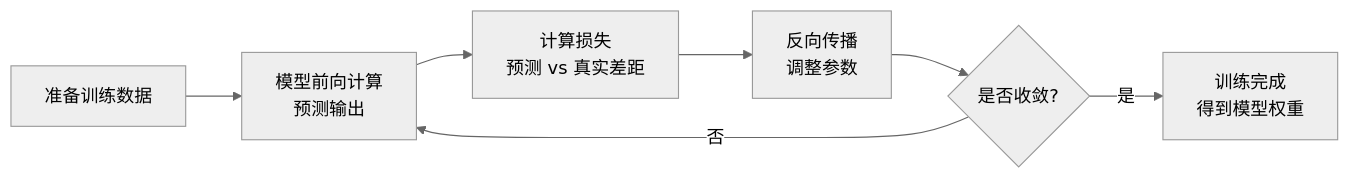
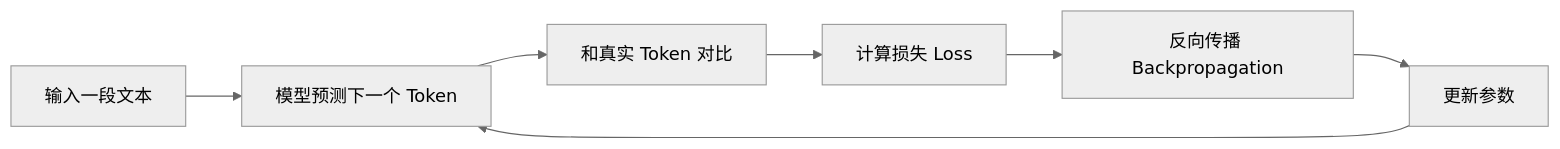
One commit to youyeyejie/Hello-AI changed the second of 5 diagrams in docs/basics/model-data-training.md. Above: the diagram before and after it, drawn with Mermaid (neutral theme). The commit also changed other lines of this file and 1 other file, not shown here.

````diff
--- a/docs/basics/model-data-training.md
+++ b/docs/basics/model-data-training.md
@@ -75,9 +208,9 @@
 ```mermaid
 flowchart LR
-    A[准备训练数据] --> B[模型前向计算<br>预测输出]
-    B --> C[计算损失<br>预测 vs 真实差距]
-    C --> D[反向传播<br>调整参数]
-    D --> E{是否收敛?}
-    E -->|否| B
-    E -->|是| F[训练完成<br>得到模型权重]
+    A[输入一段文本] --> B[模型预测下一个 Token]
+    B --> C[和真实 Token 对比]
+    C --> D[计算损失 Loss]
+    D --> E[反向传播 Backpropagation]
+    E --> F[更新参数]
+    F --> B
 ```
````
